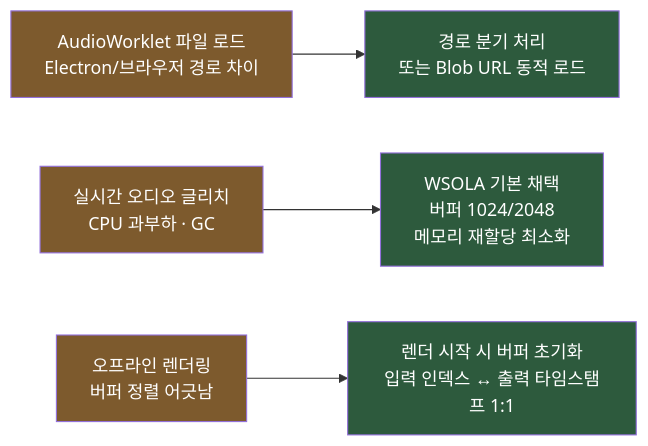
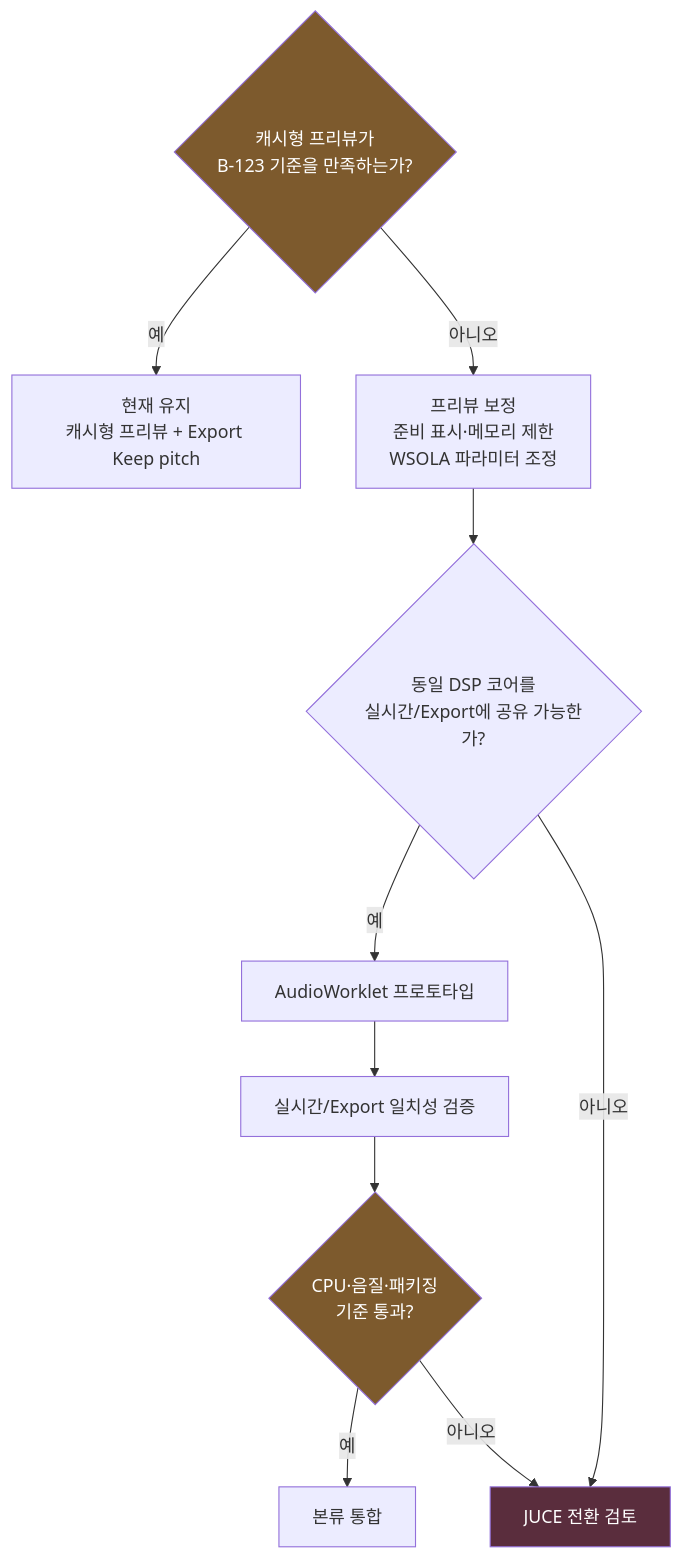
Before and after one commit to limsunglyong/FocusDAW-Studio: the fourth of 6 diagrams in 개발-프로세스.md, drawn with Mermaid. The commit also changed other lines of this file and 14 other files, not shown here.

````diff
--- a/개발-프로세스.md
+++ b/개발-프로세스.md
@@ -122,13 +146,23 @@
 ```mermaid
-flowchart LR
-    I1[AudioWorklet 파일 로드<br/>Electron/브라우저 경로 차이] --> S1[경로 분기 처리<br/>또는 Blob URL 동적 로드]
-    I2[실시간 오디오 글리치<br/>CPU 과부하 · GC] --> S2[WSOLA 기본 채택<br/>버퍼 1024/2048<br/>메모리 재할당 최소화]
-    I3[오프라인 렌더링<br/>버퍼 정렬 어긋남] --> S3[렌더 시작 시 버퍼 초기화<br/>입력 인덱스 ↔ 출력 타임스탬프 1:1]
+flowchart TD
+    R0{캐시형 프리뷰가<br/>B-123 기준을 만족하는가?}
+    R1[현재 유지<br/>캐시형 프리뷰 + Export Keep pitch]
+    R2[프리뷰 보정<br/>준비 표시·메모리 제한<br/>WSOLA 파라미터 조정]
+    R3{동일 DSP 코어를<br/>실시간/Export에 공유 가능한가?}
+    R4[AudioWorklet 프로토타입]
+    R5[실시간/Export 일치성 검증]
+    R6{CPU·음질·패키징<br/>기준 통과?}
+    R7[본류 통합]
+    R8[JUCE 전환 검토]
 
-    style I1 fill:#7d5a2d,color:#fff
-    style I2 fill:#7d5a2d,color:#fff
-    style I3 fill:#7d5a2d,color:#fff
-    style S1 fill:#2d5a3d,color:#fff
-    style S2 fill:#2d5a3d,color:#fff
-    style S3 fill:#2d5a3d,color:#fff
+    R0 -->|예| R1
+    R0 -->|아니오| R2 --> R3
+    R3 -->|예| R4 --> R5 --> R6
+    R3 -->|아니오| R8
+    R6 -->|예| R7
+    R6 -->|아니오| R8
+
+    style R0 fill:#7d5a2d,color:#fff
+    style R6 fill:#7d5a2d,color:#fff
+    style R8 fill:#5a2d3d,color:#fff
 ```
````
